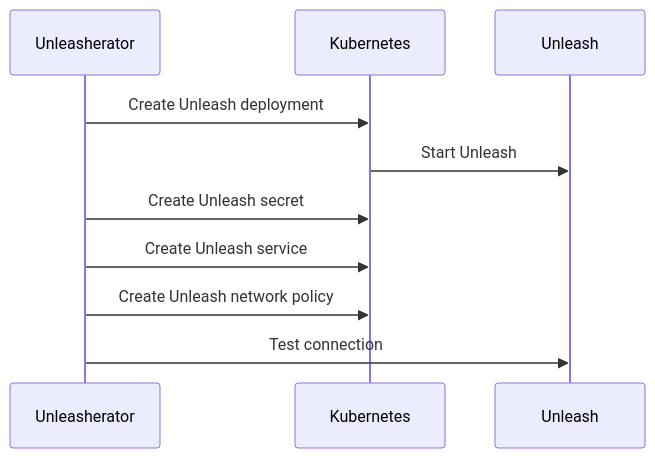
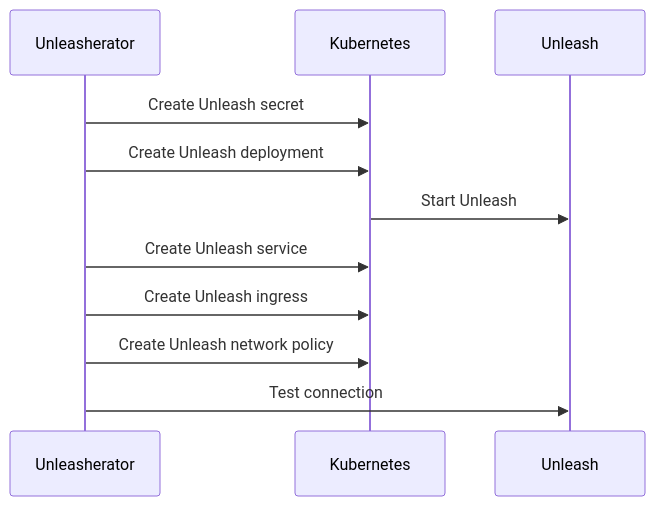
The diagram in README.md (nais/unleasherator), drawn with Mermaid before and after one commit. The commit also changed other lines of this file and 31 other files, not shown here.

````diff
--- a/README.md
+++ b/README.md
@@ -45,14 +47,15 @@
 ```mermaid
 sequenceDiagram
     participant Unleasherator
     participant Kubernetes
     participant Unleash
 
+    Unleasherator->>Kubernetes: Create Unleash secret
     Unleasherator->>Kubernetes: Create Unleash deployment
     Kubernetes->>Unleash: Start Unleash
-    Unleasherator->>Kubernetes: Create Unleash secret
     Unleasherator->>Kubernetes: Create Unleash service
+    Unleasherator->>Kubernetes: Create Unleash ingress
     Unleasherator->>Kubernetes: Create Unleash network policy
     Unleasherator->>Unleash: Test connection
 
 ```
````
